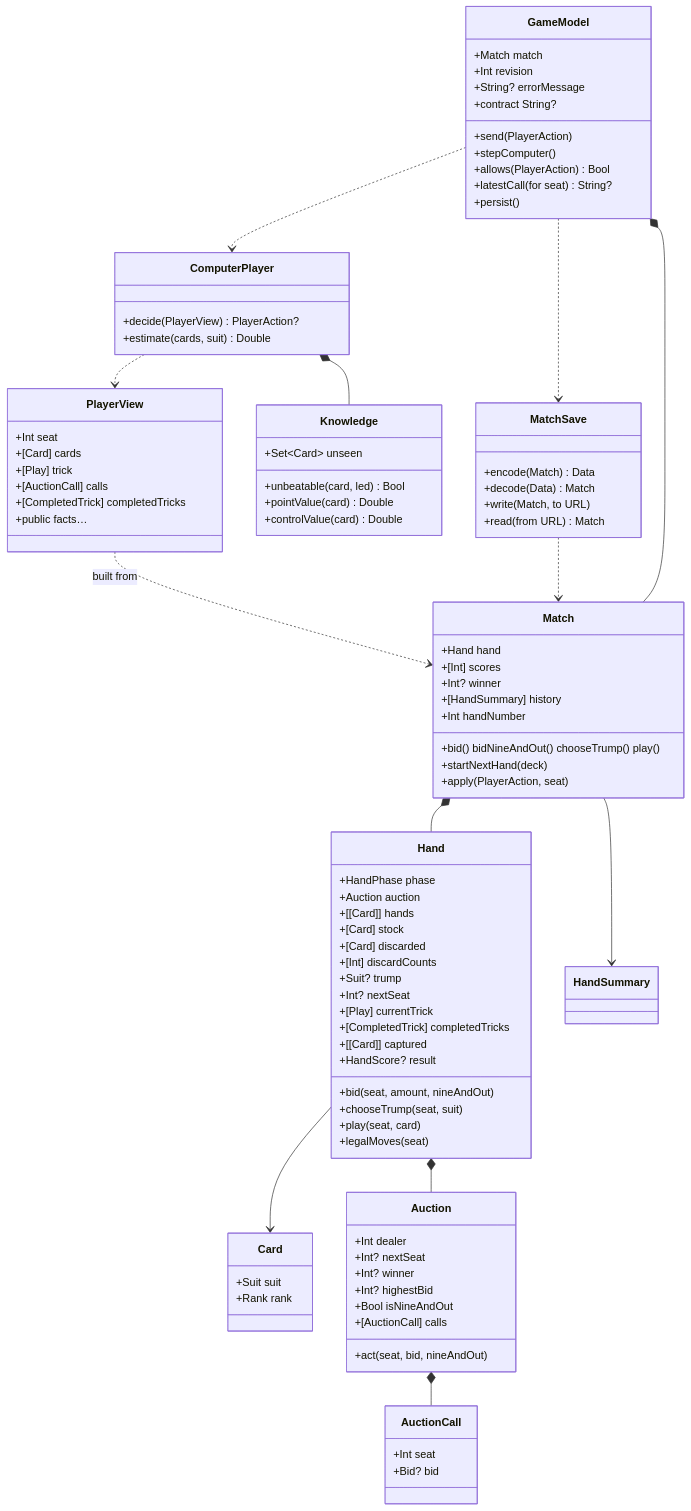
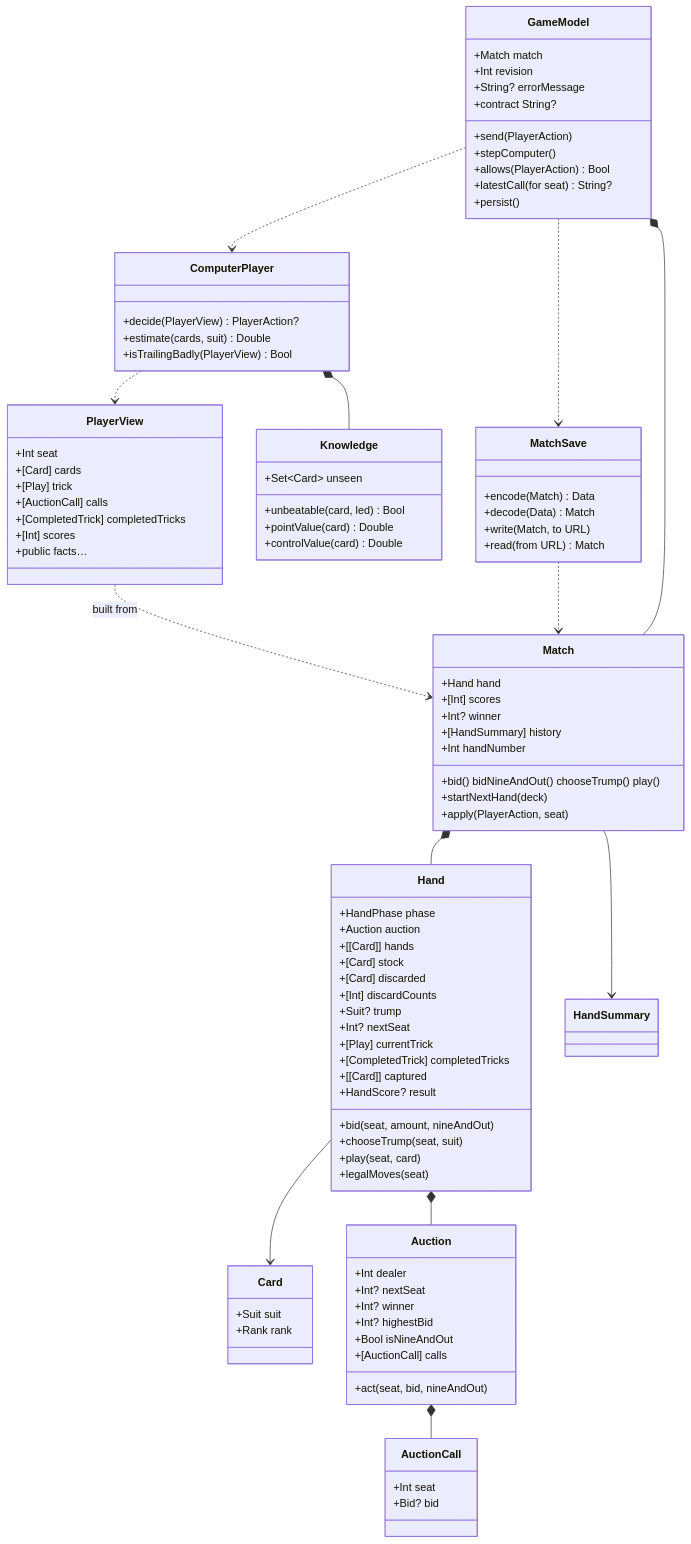
The diagram in App/Explainer/docs/types-and-functions.md (cmurphy1140/cardgame-io), drawn with Mermaid before and after one commit. The commit also changed other lines of this file and 18 other files, not shown here.

```diff
--- a/App/Explainer/docs/types-and-functions.md
+++ b/App/Explainer/docs/types-and-functions.md
@@ -57,11 +57,13 @@
         +[Play] trick
         +[AuctionCall] calls
         +[CompletedTrick] completedTricks
+        +[Int] scores
         +public facts…
     }
     class ComputerPlayer {
         +decide(PlayerView) PlayerAction?
         +estimate(cards, suit) Double
+        +isTrailingBadly(PlayerView) Bool
     }
     class Knowledge {
         +Set~Card~ unseen
```
